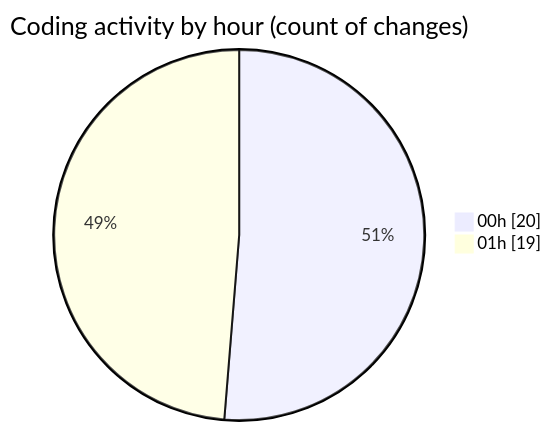
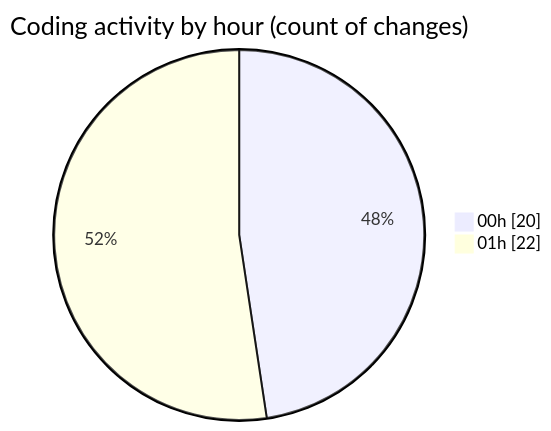
The second of 2 diagrams in 2025-10-16/eventscop-frontend-guide__workspace_/README.md (julien-gomy/code-tracking), drawn with Mermaid before and after one commit. The commit also changed other lines of this file and 1 other file, not shown here.

````diff
--- a/2025-10-16/eventscop-frontend-guide__workspace_/README.md
+++ b/2025-10-16/eventscop-frontend-guide__workspace_/README.md
@@ -38,6 +38,6 @@
 ```mermaid
 pie showData
 title Coding activity by hour (count of changes)
 "00h" : 20
-"01h" : 19
+"01h" : 22
 ```
````
